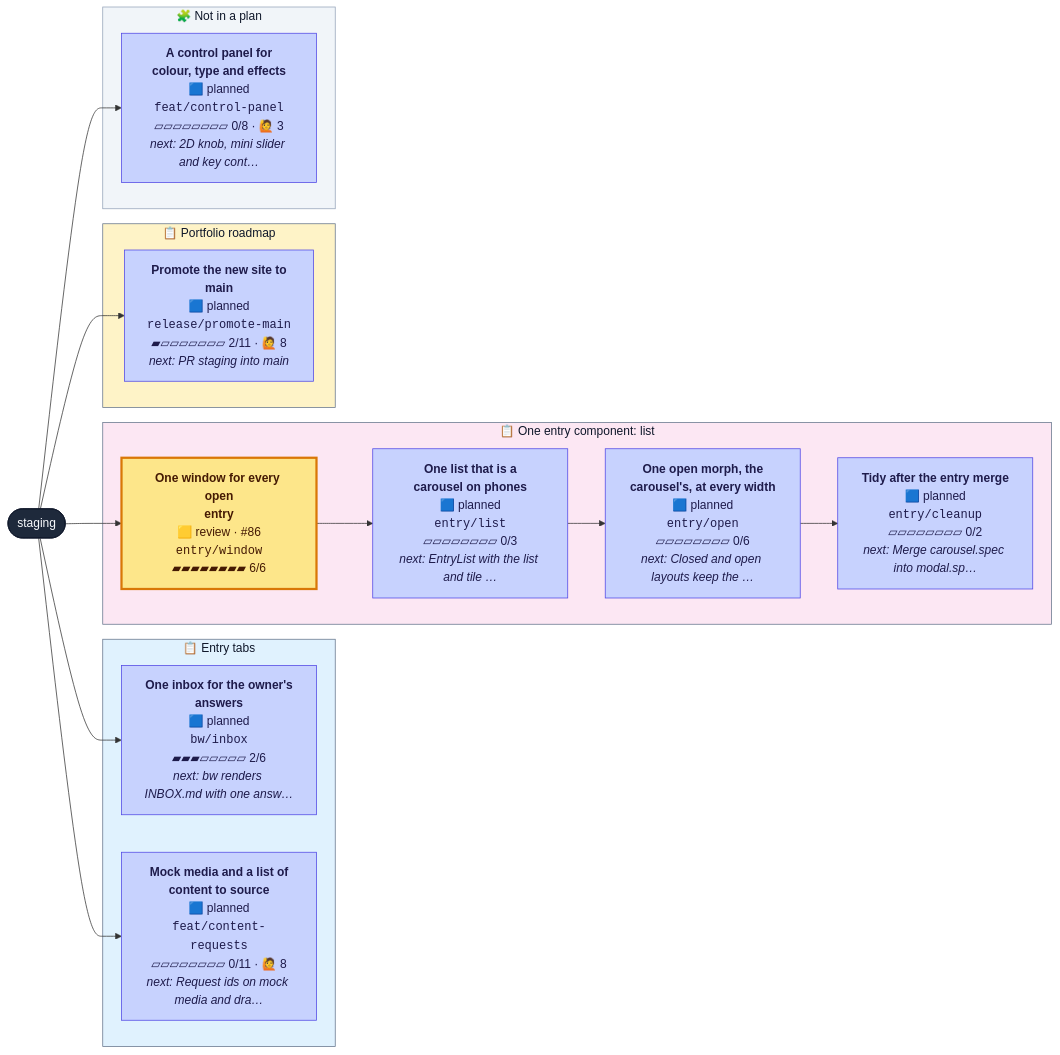
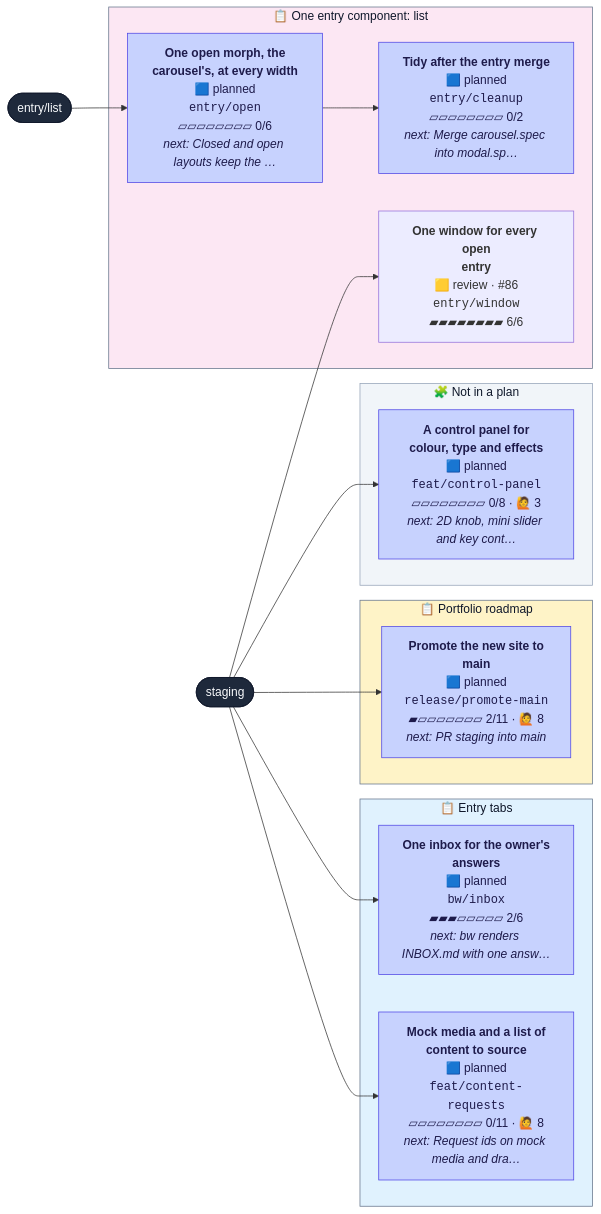
The diagram in CONTRIBUTING.md (henryjonescodes/portfolio), drawn with Mermaid before and after one commit. The commit also changed other lines of this file, not shown here.

````diff
--- a/CONTRIBUTING.md
+++ b/CONTRIBUTING.md
@@ -16,47 +16,46 @@
 ```mermaid
 flowchart LR
   n_staging([staging])
   class n_staging trunk
+  n_entry_list([entry/list])
+  class n_entry_list trunk
   subgraph plan_0["📋 Entry tabs"]
     n_bw_inbox["<b>One inbox for the owner's<br/>answers</b><br/>🟦 planned<br/><code>bw/inbox</code><br/>▰▰▰▱▱▱▱▱ 2/6<br/><i>next: bw renders INBOX.md with one answ…</i>"]
     class n_bw_inbox planned
     n_feat_content_requests["<b>Mock media and a list of<br/>content to source</b><br/>🟦 planned<br/><code>feat/content-requests</code><br/>▱▱▱▱▱▱▱▱ 0/11 · 🙋 8<br/><i>next: Request ids on mock media and dra…</i>"]
     class n_feat_content_requests planned
   end
   style plan_0 fill:#e0f2fe,stroke:#64748b,color:#0f172a
   subgraph plan_1["📋 One entry component: list"]
     n_entry_cleanup["<b>Tidy after the entry merge</b><br/>🟦 planned<br/><code>entry/cleanup</code><br/>▱▱▱▱▱▱▱▱ 0/2<br/><i>next: Merge carousel.spec into modal.sp…</i>"]
     class n_entry_cleanup planned
-    n_entry_list["<b>One list that is a<br/>carousel on phones</b><br/>🟦 planned<br/><code>entry/list</code><br/>▱▱▱▱▱▱▱▱ 0/3<br/><i>next: EntryList with the list and tile …</i>"]
-    class n_entry_list planned
     n_entry_open["<b>One open morph, the<br/>carousel's, at every width</b><br/>🟦 planned<br/><code>entry/open</code><br/>▱▱▱▱▱▱▱▱ 0/6<br/><i>next: Closed and open layouts keep the …</i>"]
     class n_entry_open planned
     n_entry_window["<b>One window for every open<br/>entry</b><br/>🟨 review · #86<br/><code>entry/window</code><br/>▰▰▰▰▰▰▰▰ 6/6"]
-    class n_entry_window review
+    class n_entry_window review,current
   end
   style plan_1 fill:#fce7f3,stroke:#64748b,color:#0f172a
   subgraph plan_3["📋 Portfolio roadmap"]
     n_release_promote_main["<b>Promote the new site to<br/>main</b><br/>🟦 planned<br/><code>release/promote-main</code><br/>▰▱▱▱▱▱▱▱ 2/11 · 🙋 8<br/><i>next: PR staging into main</i>"]
     class n_release_promote_main planned
   end
   style plan_3 fill:#fef3c7,stroke:#64748b,color:#0f172a
   subgraph loose["🧩 Not in a plan"]
     n_feat_control_panel["<b>A control panel for<br/>colour, type and effects</b><br/>🟦 planned<br/><code>feat/control-panel</code><br/>▱▱▱▱▱▱▱▱ 0/8 · 🙋 3<br/><i>next: 2D knob, mini slider and key cont…</i>"]
     class n_feat_control_panel planned
   end
   style loose fill:#f1f5f9,stroke:#94a3b8,color:#0f172a
   n_staging --> n_bw_inbox
   n_entry_open --> n_entry_cleanup
-  n_entry_window --> n_entry_list
   n_entry_list --> n_entry_open
   n_staging --> n_entry_window
   n_staging --> n_feat_content_requests
   n_staging --> n_feat_control_panel
   n_staging --> n_release_promote_main
   classDef planned fill:#c7d2fe,stroke:#4f46e5,color:#1e1b4b
   classDef active fill:#bbf7d0,stroke:#16a34a,stroke-width:3px,color:#052e16
   classDef review fill:#fde68a,stroke:#d97706,stroke-width:3px,color:#451a03
   classDef blocked fill:#fecaca,stroke:#dc2626,stroke-width:3px,color:#450a0a
   classDef trunk fill:#1e293b,stroke:#0f172a,color:#f8fafc
   classDef current stroke:#0ea5e9,stroke-width:5px
 ```
````
